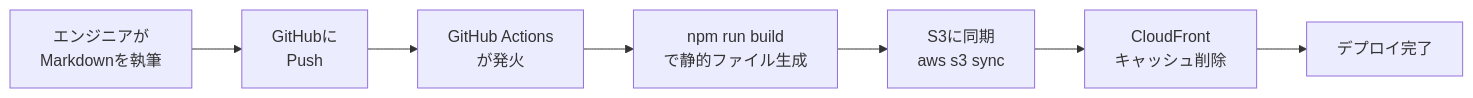
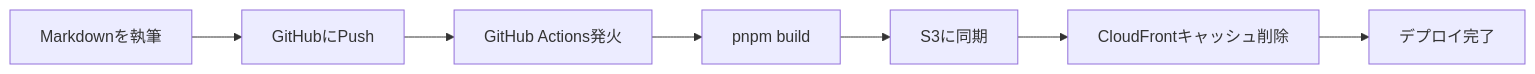
The diagram in README.md (CLOSM-org/closm-docs), drawn with Mermaid before and after one commit. The commit also changed other lines of this file and 17 other files, not shown here.

````diff
--- a/README.md
+++ b/README.md
@@ -61,9 +82,9 @@
 ```mermaid
 flowchart LR
-    A["エンジニアが<br/>Markdownを執筆"] --> B["GitHubに<br/>Push"]
-    B --> C["GitHub Actions<br/>が発火"]
-    C --> D["npm run build<br/>で静的ファイル生成"]
-    D --> E["S3に同期<br/>aws s3 sync"]
-    E --> F["CloudFront<br/>キャッシュ削除"]
+    A["Markdownを執筆"] --> B["GitHubにPush"]
+    B --> C["GitHub Actions発火"]
+    C --> D["pnpm build"]
+    D --> E["S3に同期"]
+    E --> F["CloudFrontキャッシュ削除"]
     F --> G["デプロイ完了"]
 ```
````
